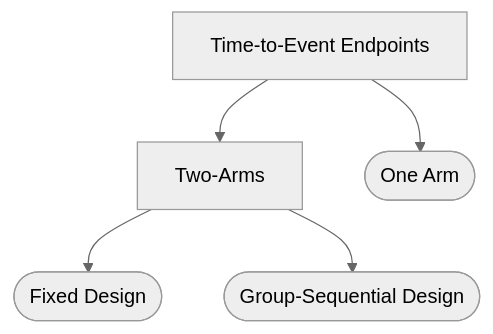
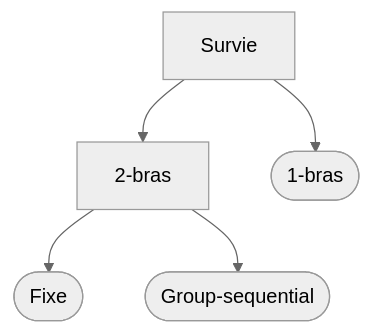
Before and after one commit to Oncostat/sample-size-comparison: the third of 3 diagrams in presentation/presentation-fr.qmd, drawn with Mermaid. The commit also changed other lines of this file and 1 other file, not shown here.

````diff
--- a/presentation/presentation-fr.qmd
+++ b/presentation/presentation-fr.qmd
@@ -983,12 +601,11 @@
 ```{mermaid}
-%%| fig-width: 10
 ---
 config:
   theme: neutral
 ---
 flowchart TB
-  AA[Time-to-Event Endpoints] --> AAA[Two-Arms]
-    AAA --> AAAA([Fixed Design])
-    AAA --> AAAB([Group-Sequential Design])
-  AA --> AAB([One Arm])
+  AA["Survie"] --> AAA["2-bras"]
+    AAA --> AAAA(["Fixe"])
+    AAA --> AAAB(["Group-sequential"])
+  AA --> AAB(["1-bras"])
 ```
````
